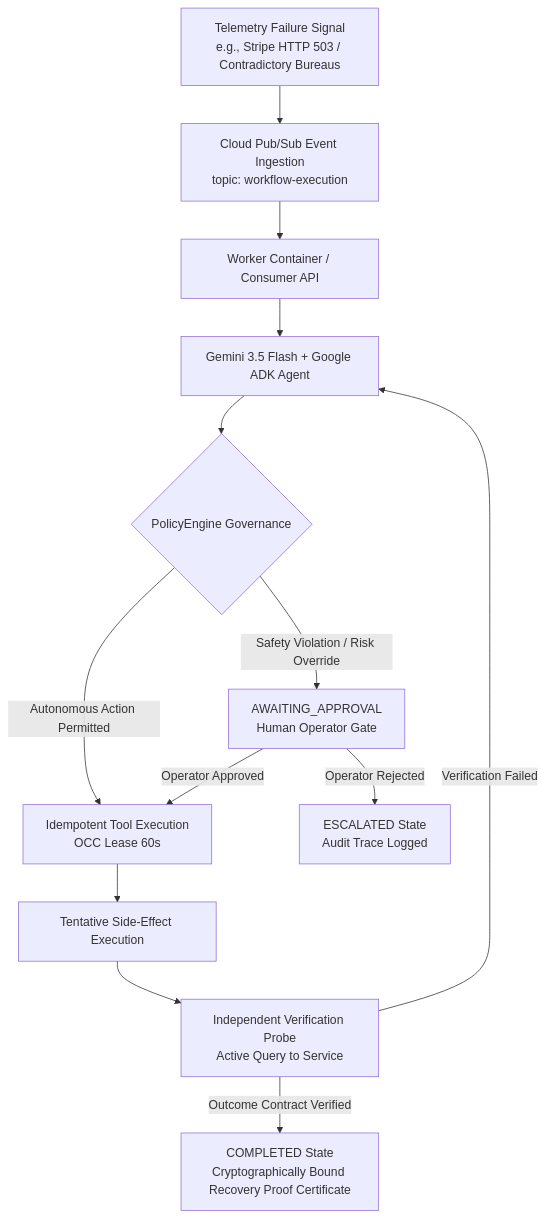
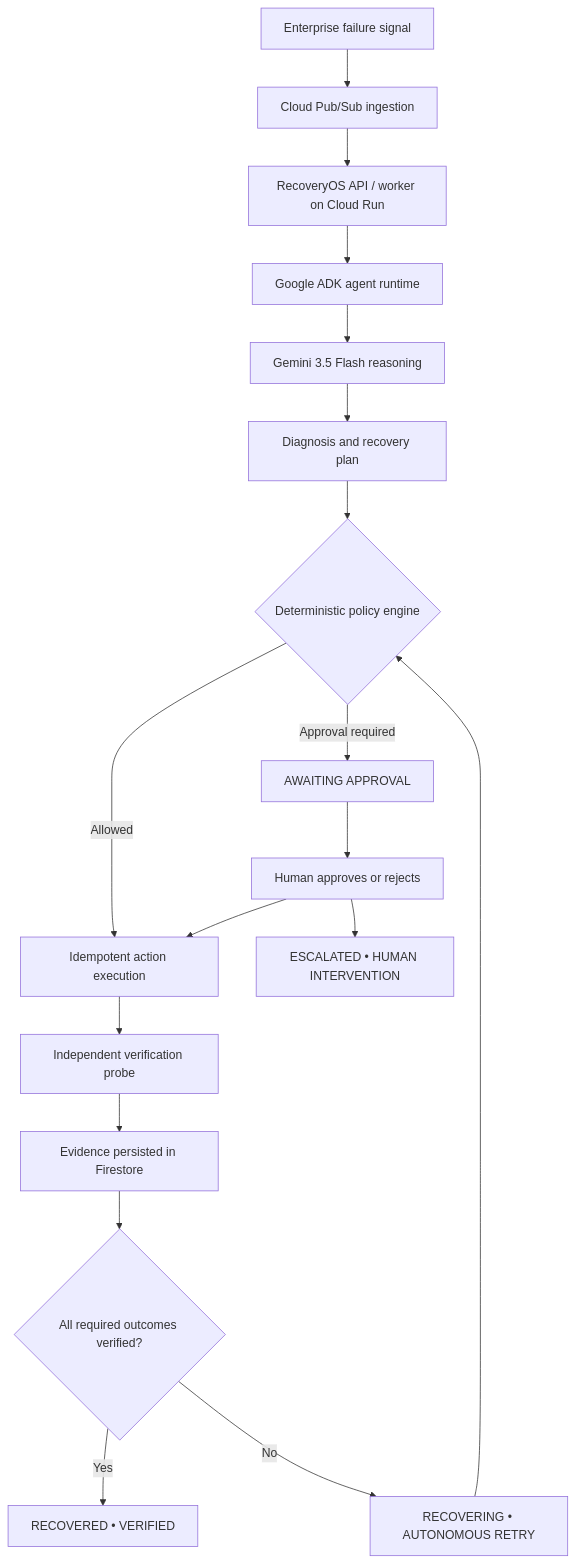
The diagram in README.md (subodhkant7/recoveryos), drawn with Mermaid before and after one commit. The commit also changed other lines of this file and 28 other files, not shown here.

````diff
--- a/README.md
+++ b/README.md
@@ -58,19 +56,20 @@
 ```mermaid
 flowchart TD
-    A[Telemetry Failure Signal\ne.g., Stripe HTTP 503 / Contradictory Bureaus] --> B[Cloud Pub/Sub Event Ingestion\ntopic: workflow-execution]
-    B --> C[Worker Container / Consumer API]
-    C --> D[Gemini 3.5 Flash + Google ADK Agent]
-    D --> E{PolicyEngine Governance}
-    
-    E -- Autonomous Action Permitted --> F[Idempotent Tool Execution\nOCC Lease 60s]
-    E -- Safety Violation / Risk Override --> G[AWAITING_APPROVAL\nHuman Operator Gate]
-    
-    G -- Operator Approved --> F
-    G -- Operator Rejected --> H[ESCALATED State\nAudit Trace Logged]
-    
-    F --> I[Tentative Side-Effect Execution]
-    I --> J[Independent Verification Probe\nActive Query to Service]
-    
-    J -- Outcome Contract Verified --> K[COMPLETED State\nCryptographically Bound Recovery Proof Certificate]
-    J -- Verification Failed --> D
+    A[Enterprise failure signal] --> B[Cloud Pub/Sub ingestion]
+    B --> C[RecoveryOS API / worker on Cloud Run]
+    C --> D[Google ADK agent runtime]
+    D --> E[Gemini 3.5 Flash reasoning]
+    E --> F[Diagnosis and recovery plan]
+    F --> G{Deterministic policy engine}
+    G -- Allowed --> H[Idempotent action execution]
+    G -- Approval required --> I[AWAITING APPROVAL]
+    H --> J[Independent verification probe]
+    J --> K[Evidence persisted in Firestore]
+    K --> L{All required outcomes verified?}
+    L -- Yes --> M[RECOVERED • VERIFIED]
+    L -- No --> N[RECOVERING • AUTONOMOUS RETRY]
+    N --> G
+    I --> O[Human approves or rejects]
+    O --> H
+    O --> P[ESCALATED • HUMAN INTERVENTION]
 ```
````
